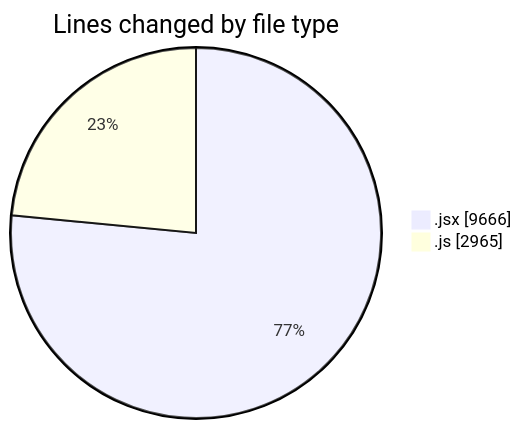
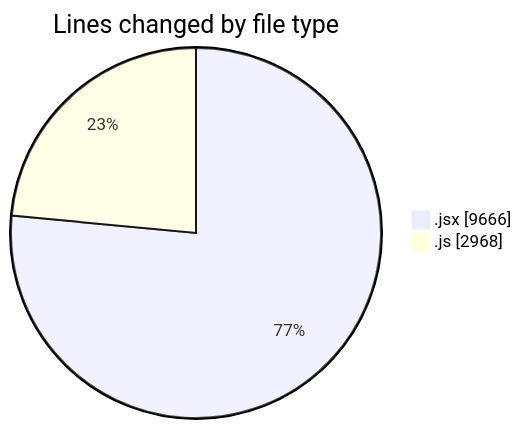
The first of 2 diagrams in 2025-12-11/nxtqube_webapp/README.md (nxtqubesakshisongat/code-tracking), drawn with Mermaid before and after one commit. The commit also changed other lines of this file and 1 other file, not shown here.

````diff
--- a/2025-12-11/nxtqube_webapp/README.md
+++ b/2025-12-11/nxtqube_webapp/README.md
@@ -34,6 +34,6 @@
 ```mermaid
 pie showData
 title Lines changed by file type
 ".jsx" : 9666
-".js" : 2965
+".js" : 2968
 ```
````
